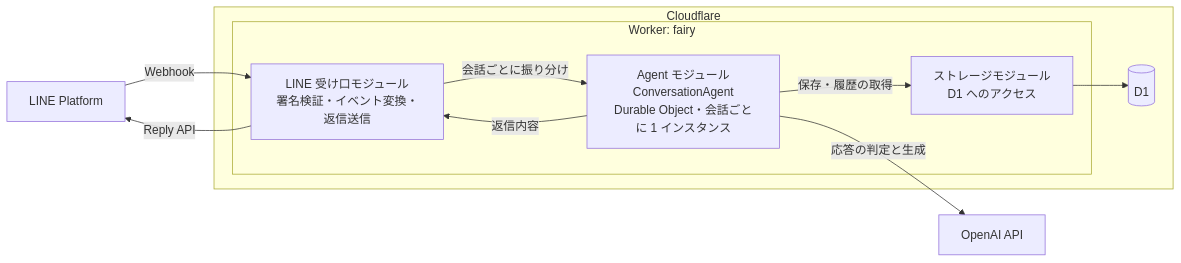
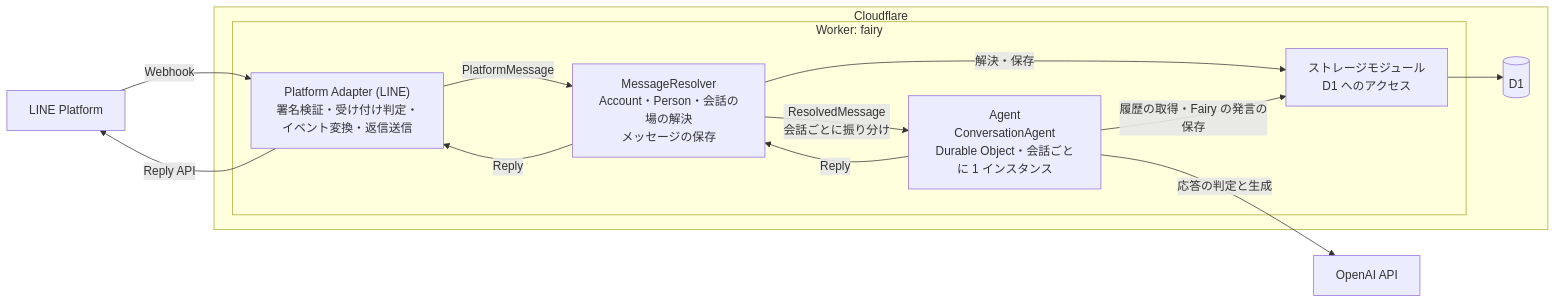
One commit to TatsuyaYamamoto/sicaco-quarter-third-street changed the first of 2 diagrams in docs/phases/phase-1.md. Above: the diagram before and after it, drawn with Mermaid. The commit also changed other lines of this file and 3 other files, not shown here.

First line of the commit message:
docs: split message flow into three layers and keep roles on persons (phase 1) (#48)

````diff
--- a/docs/phases/phase-1.md
+++ b/docs/phases/phase-1.md
@@ -43,21 +43,25 @@
 ```mermaid
 flowchart LR
     LINE[LINE Platform]
     subgraph CF[Cloudflare]
         subgraph W[Worker: fairy]
-            LM[LINE 受け口モジュール<br/>署名検証・イベント変換・返信送信]
-            AG[Agent モジュール<br/>ConversationAgent<br/>Durable Object・会話ごとに 1 インスタンス]
+            LM["Platform Adapter (LINE)<br/>署名検証・受け付け判定・イベント変換・返信送信"]
+            RS[MessageResolver<br/>Account・Person・会話の場の解決<br/>メッセージの保存]
+            AG[Agent<br/>ConversationAgent<br/>Durable Object・会話ごとに 1 インスタンス]
             ST[ストレージモジュール<br/>D1 へのアクセス]
         end
         D1[(D1)]
     end
     OAI[OpenAI API]
 
     LINE -- Webhook --> LM
-    LM -- 会話ごとに振り分け --> AG
-    AG -- 保存・履歴の取得 --> ST
+    LM -- PlatformMessage --> RS
+    RS -- 解決・保存 --> ST
+    RS -- ResolvedMessage<br/>会話ごとに振り分け --> AG
+    AG -- 履歴の取得・Fairy の発言の保存 --> ST
     ST --> D1
     AG -- 応答の判定と生成 --> OAI
-    AG -- 返信内容 --> LM
+    AG -- Reply --> RS
+    RS -- Reply --> LM
     LM -- Reply API --> LINE
 ```
````
